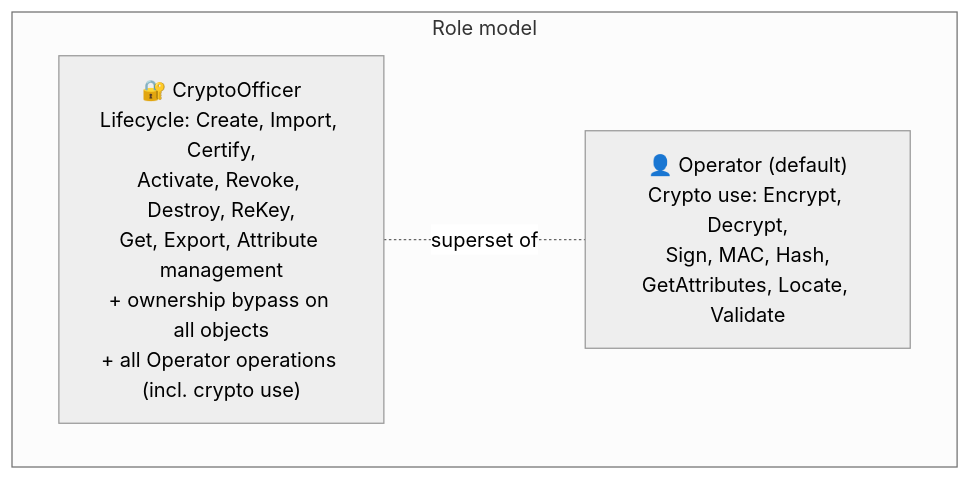
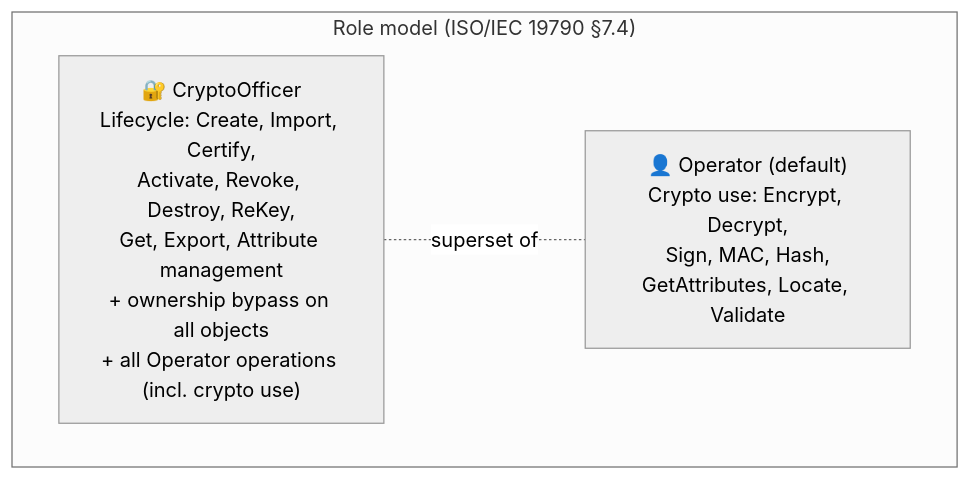
Before and after one commit to Cosmian/kms: the first of 6 diagrams in documentation/docs/configuration/authorization/key_ceremony.md, drawn with Mermaid (neutral theme). The commit also changed other lines of this file and 79 other files, not shown here.

````diff
--- a/documentation/docs/configuration/authorization/key_ceremony.md
+++ b/documentation/docs/configuration/authorization/key_ceremony.md
@@ -37,9 +69,9 @@
 ```mermaid
 graph TB
-    subgraph "Role model"
+    subgraph "Role model (ISO/IEC 19790 §7.4)"
         CO["🔐 CryptoOfficer<br/>Lifecycle: Create, Import, Certify,<br/>Activate, Revoke, Destroy, ReKey,<br/>Get, Export, Attribute management<br/>+ ownership bypass on all objects<br/>+ all Operator operations (incl. crypto use)"]
         Op["👤 Operator (default)<br/>Crypto use: Encrypt, Decrypt,<br/>Sign, MAC, Hash,<br/>GetAttributes, Locate, Validate"]
     end
 
     CO -. "superset of" .- Op
 ```
````
